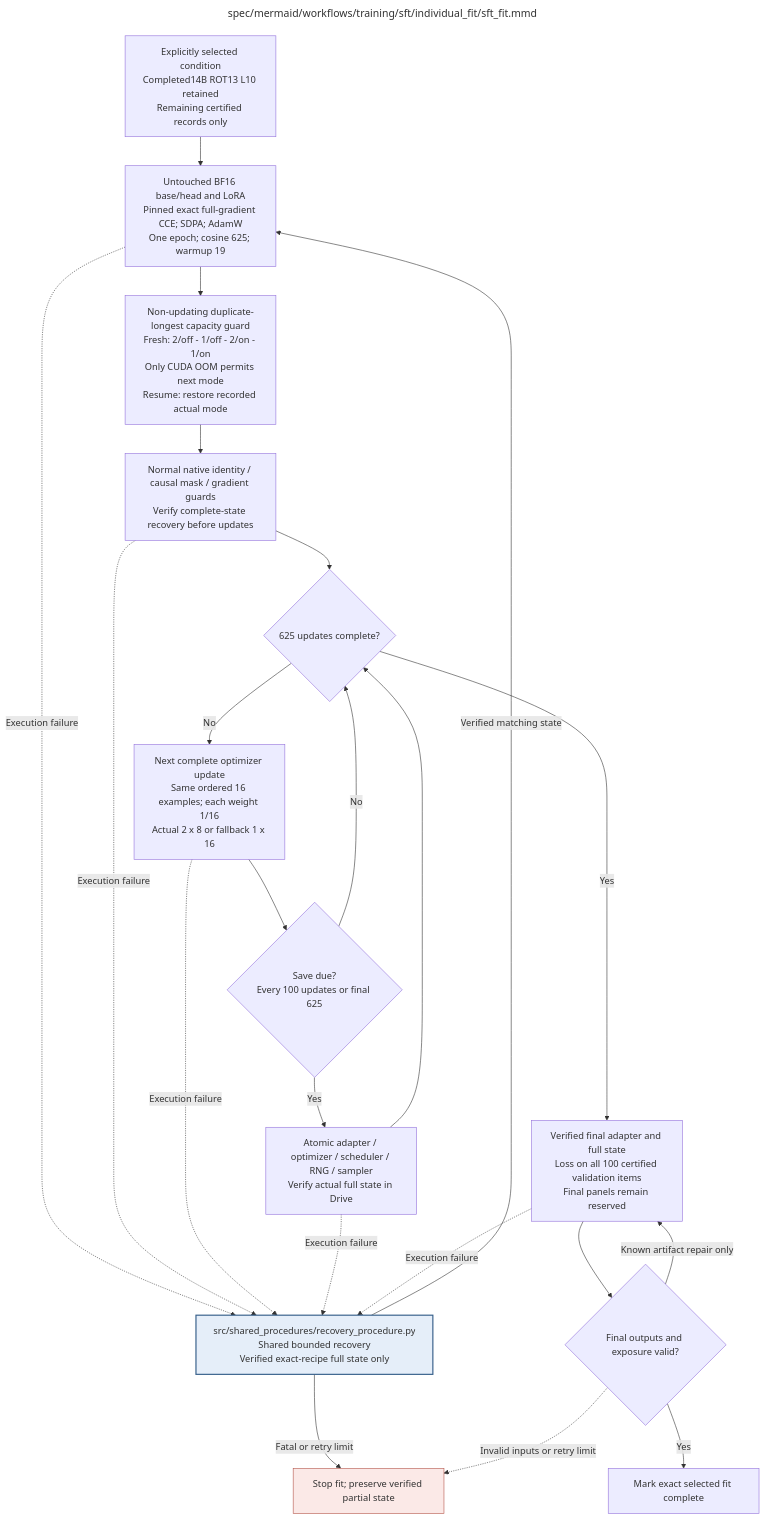
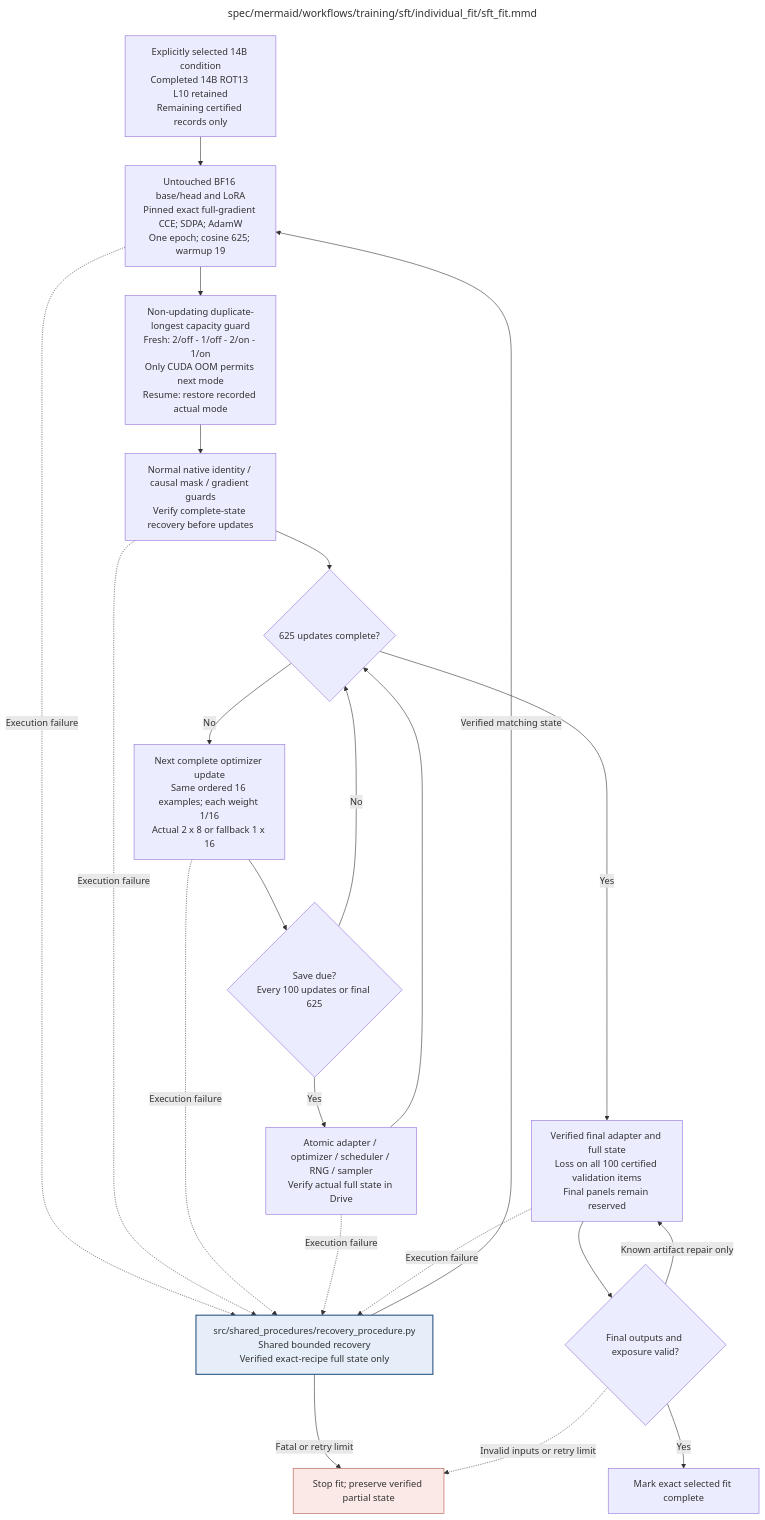
Before and after one commit to AJUNNYC/inducing_persistent_textual_chain_of_thought_illegibility: the diagram in docs/modules/training/sft/individual_fit/sft_fit.md, drawn with Mermaid. The commit also changed other lines of this file and 29 other files, not shown here.

````diff
--- a/docs/modules/training/sft/individual_fit/sft_fit.md
+++ b/docs/modules/training/sft/individual_fit/sft_fit.md
@@ -128,61 +128,61 @@
 ```mermaid
 ---
 title: "spec/mermaid/workflows/training/sft/individual_fit/sft_fit.mmd"
 ---
 flowchart TD
 %% efficient_one_epoch_v1: BF16 unquantized base/head, full-gradient direct CCE, SDPA, AdamW.
 %% CCE pinned upstream; filter_eps=None, filter_e_grad=False, filter_c_grad=False.
 %% FP32 loss and hidden-gradient accumulation; no gradient pruning or Qwen patch.
 %% No materialized full token-by-vocabulary logits; no equivalence to historical FP32 head promised.
 %% All 10,000 examples once; 625 updates and 19 warmup; request micro 2 / accumulation 8 / effective 16.
 %% Capacity fallback micro 1 / accumulation 16; same ordered 16 examples/update, per-example weight 1/16.
 %% Execution grouping, padding, dropout draws and rounding differ; no measured batching speedup.
 %% Completion-only per-example means; full 4096 eligibility without truncation; seed 42.
 %% LoRA 8 / 16 / .05, all seven projections, LR 2e-4, zero decay, max norm .3.
 %% Checkpoints every 100 updates and final 625; actual Drive verification before retention/completion.
 %% Observed: 14B ROT13 L10 completed 625 with native guards passed; actual 1 x 16, checkpointing off.
 %% Final adapter/full state Drive-verified; source 2ea4fb9/config 6f7e5048 remain immutable.
-%% 39 conditions uncompleted; $240 authorized 13 Oct. No new worker launch implied.
+%% 19 selected 14B fits uncompleted; $240 authorized 13 Oct. No new worker launch implied.
 %% Fresh non-updating duplicate-longest capacity guard: 2/off, 1/off, 2/on, 1/on; CUDA-OOM-only fallback.
 %% Exact-fit recovery restores recorded actual batch/accumulation/recomputation, never changes it.
 %% Policy v2 has a distinct execution identity; old NF4 or prior-policy states cannot be relabelled.
 %% Child: RECOVER => ../../../shared_procedures/recovery_procedure.mmd
-    INPUT["Explicitly selected condition<br/>Completed14B ROT13 L10 retained<br/>Remaining certified records only"]
+    INPUT["Explicitly selected 14B condition<br/>Completed 14B ROT13 L10 retained<br/>Remaining certified records only"]
     SETUP["Untouched BF16 base/head and LoRA<br/>Pinned exact full-gradient CCE; SDPA; AdamW<br/>One epoch; cosine 625; warmup 19"]
     CAPACITY["Non-updating duplicate-longest capacity guard<br/>Fresh: 2/off - 1/off - 2/on - 1/on<br/>Only CUDA OOM permits next mode<br/>Resume: restore recorded actual mode"]
     GUARDS["Normal native identity / causal mask / gradient guards<br/>Verify complete-state recovery before updates"]
     DONE{"625 updates complete?"}
     STEP["Next complete optimizer update<br/>Same ordered 16 examples; each weight 1/16<br/>Actual 2 x 8 or fallback 1 x 16"]
     DUE{"Save due?<br/>Every 100 updates or final 625"}
     SAVE["Atomic adapter / optimizer / scheduler / RNG / sampler<br/>Verify actual full state in Drive"]
     FINAL["Verified final adapter and full state<br/>Loss on all 100 certified validation items<br/>Final panels remain reserved"]
     AUDIT{"Final outputs and exposure valid?"}
     OUT["Mark exact selected fit complete"]
     RECOVER["src/shared_procedures/recovery_procedure.py<br/>Shared bounded recovery<br/>Verified exact-recipe full state only"]
     STOP["Stop fit; preserve verified partial state"]
     INPUT --> SETUP --> CAPACITY --> GUARDS --> DONE
     DONE -->|No| STEP --> DUE
     DUE -->|Yes| SAVE --> DONE
     DUE -->|No| DONE
     DONE -->|Yes| FINAL --> AUDIT
     AUDIT -->|Yes| OUT
     AUDIT -->|Known artifact repair only| FINAL
     SETUP -.->|Execution failure| RECOVER
     GUARDS -.->|Execution failure| RECOVER
     STEP -.->|Execution failure| RECOVER
     SAVE -.->|Execution failure| RECOVER
     FINAL -.->|Execution failure| RECOVER
     RECOVER -->|Verified matching state| SETUP
     RECOVER -->|Fatal or retry limit| STOP
     AUDIT -.->|Invalid inputs or retry limit| STOP
     classDef detail fill:#e5eef9,stroke:#365f8a,stroke-width:2px
     class RECOVER detail
     classDef stop fill:#fbe9e7,stroke:#b45448
     class STOP stop
 
 %% Repository module: src/training/sft/individual_fit/sft_fit.py
 %% Module documentation: docs/modules/training/sft/individual_fit/sft_fit.md
 %% Unit test: tests/unit/training/sft/individual_fit/test_sft_fit.py
 %% Owner: sft
 %% Source sections: C.2.2-C.2.4; E.1.3; E.2.4,E.2.6; H.9; authorized efficient redesign
 ```
````
